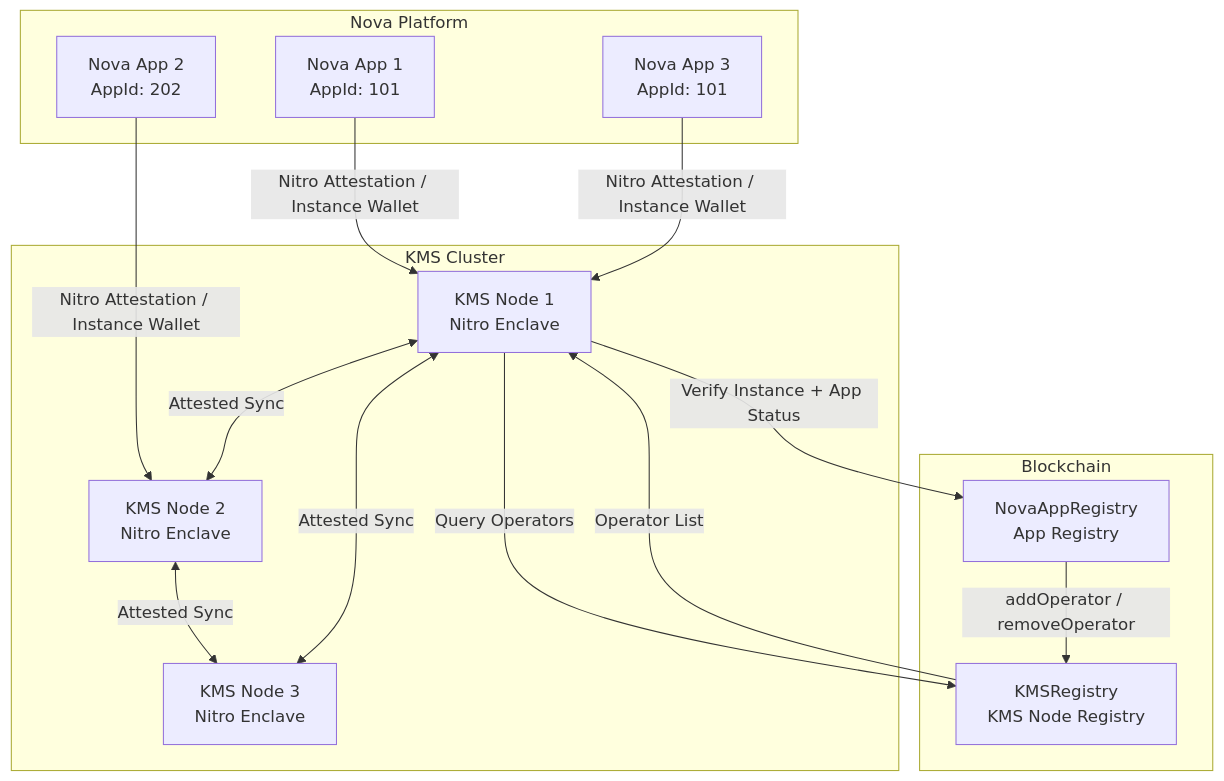
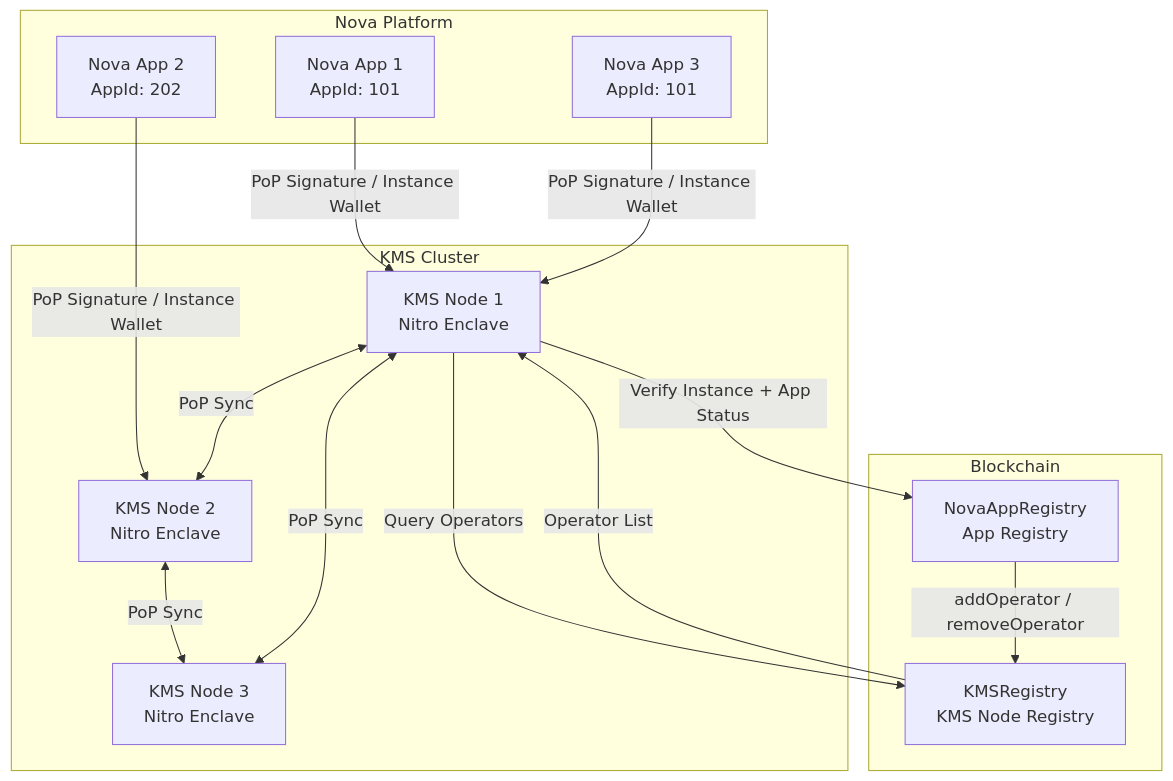
Before and after one commit to sparsity-xyz/nova-kms: the first of 4 diagrams in docs/architecture.md, drawn with Mermaid. The commit also changed other lines of this file and 17 other files, not shown here.

````diff
--- a/docs/architecture.md
+++ b/docs/architecture.md
@@ -7,32 +7,32 @@
 ```mermaid
 graph TB
     subgraph "Nova Platform"
         App1[Nova App 1<br/>AppId: 101]
         App2[Nova App 2<br/>AppId: 202]
         App3[Nova App 3<br/>AppId: 101]
     end
     
     subgraph "KMS Cluster"
         KMS1[KMS Node 1<br/>Nitro Enclave]
         KMS2[KMS Node 2<br/>Nitro Enclave]
         KMS3[KMS Node 3<br/>Nitro Enclave]
     end
     
     subgraph "Blockchain"
         Registry[NovaAppRegistry<br/>App Registry]
         KMSContract[KMSRegistry<br/>KMS Node Registry]
     end
     
-    App1 -->|Nitro Attestation / Instance Wallet| KMS1
-    App2 -->|Nitro Attestation / Instance Wallet| KMS2
-    App3 -->|Nitro Attestation / Instance Wallet| KMS1
+    App1 -->|PoP Signature / Instance Wallet| KMS1
+    App2 -->|PoP Signature / Instance Wallet| KMS2
+    App3 -->|PoP Signature / Instance Wallet| KMS1
     
-    KMS1 <-->|Attested Sync| KMS2
-    KMS2 <-->|Attested Sync| KMS3
-    KMS1 <-->|Attested Sync| KMS3
+    KMS1 <-->|PoP Sync| KMS2
+    KMS2 <-->|PoP Sync| KMS3
+    KMS1 <-->|PoP Sync| KMS3
     
     Registry -->|addOperator / removeOperator| KMSContract
     KMS1 -->|Query Operators| KMSContract
     KMS1 -->|Verify Instance + App Status| Registry
     KMSContract -->|Operator List| KMS1
 ```
````
